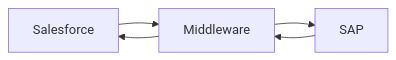
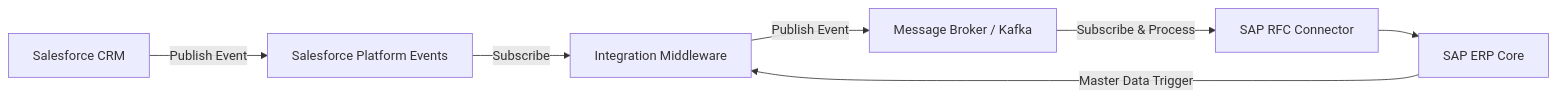
One commit to sfdcai/portfolio changed the first of 2 diagrams in content/architecture/salesforce-sap.md. Above: the diagram before and after it, drawn with Mermaid. The commit also changed other lines of this file and 10 other files, not shown here.

````diff
--- a/content/architecture/salesforce-sap.md
+++ b/content/architecture/salesforce-sap.md
@@ -13,7 +15,9 @@
 ```mermaid
 graph LR
-Salesforce --> Middleware
-Middleware --> SAP
-SAP --> Middleware
-Middleware --> Salesforce
+    Salesforce[Salesforce CRM] --> |Publish Event| PlatformEvents[Salesforce Platform Events]
+    PlatformEvents --> |Subscribe| Middleware[Integration Middleware]
+    Middleware --> |Publish Event| Kafka[Message Broker / Kafka]
+    Kafka --> |Subscribe & Process| SAP_Adapter[SAP RFC Connector]
+    SAP_Adapter --> SAP[SAP ERP Core]
+    SAP --> |Master Data Trigger| Middleware
 ```
````
